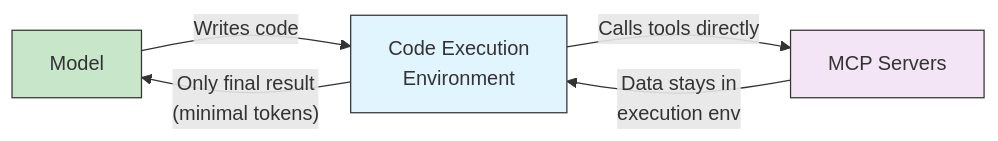
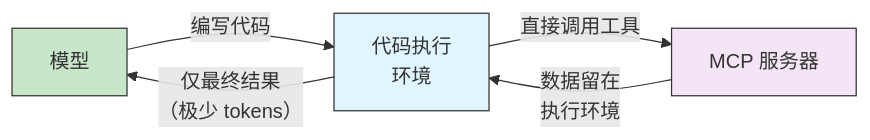
One commit to wgqi1126/claude-howto-zh-cn changed the seventh of 7 diagrams in 05-mcp/README.md. Above: the diagram before and after it, drawn with Mermaid. The commit also changed other lines of this file and 58 other files, not shown here.

````diff
--- a/05-mcp/README.md
+++ b/05-mcp/README.md
@@ -809,11 +809,11 @@
 ```mermaid
 graph LR
-    A["Model"] -->|"Writes code"| B["Code Execution<br/>Environment"]
-    B -->|"Calls tools directly"| C["MCP Servers"]
-    C -->|"Data stays in<br/>execution env"| B
-    B -->|"Only final result<br/>(minimal tokens)"| A
+    A["模型"] -->|"编写代码"| B["代码执行<br/>环境"]
+    B -->|"直接调用工具"| C["MCP 服务器"]
+    C -->|"数据留在<br/>执行环境"| B
+    B -->|"仅最终结果<br/>（极少 tokens）"| A
 
     style A fill:#c8e6c9,stroke:#333,color:#333
     style B fill:#e1f5fe,stroke:#333,color:#333
     style C fill:#f3e5f5,stroke:#333,color:#333
 ```
````
